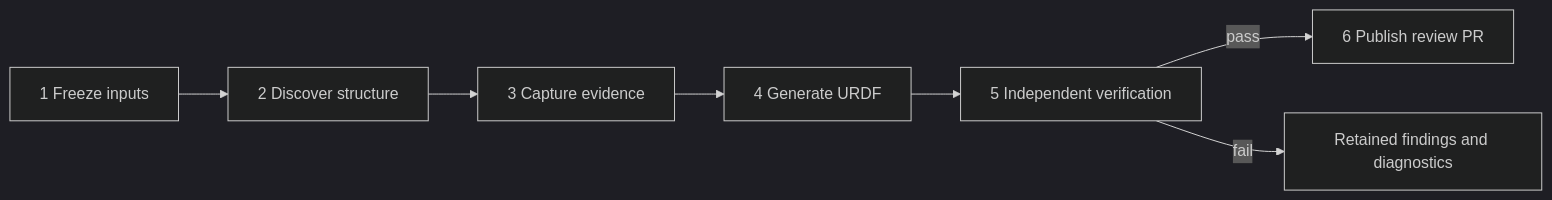
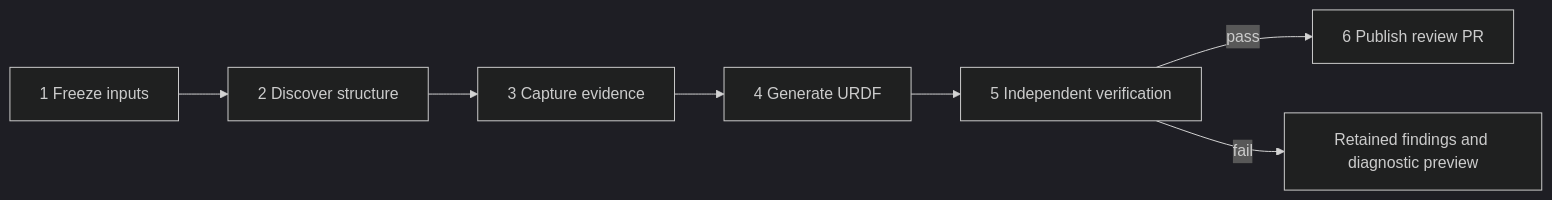
Before and after one commit to mimicverse/description-pipeline: the diagram in docs/design.md, drawn with Mermaid (dark theme). The commit also changed other lines of this file and 7 other files, not shown here.

````diff
--- a/docs/design.md
+++ b/docs/design.md
@@ -33,9 +49,9 @@
 ```mermaid
 flowchart LR
   F[1 Freeze inputs] --> D[2 Discover structure]
   D --> C[3 Capture evidence]
   C --> G[4 Generate URDF]
   G --> V[5 Independent verification]
   V -->|pass| P[6 Publish review PR]
-  V -->|fail| E[Retained findings and diagnostics]
+  V -->|fail| E[Retained findings and diagnostic preview]
 ```
````
